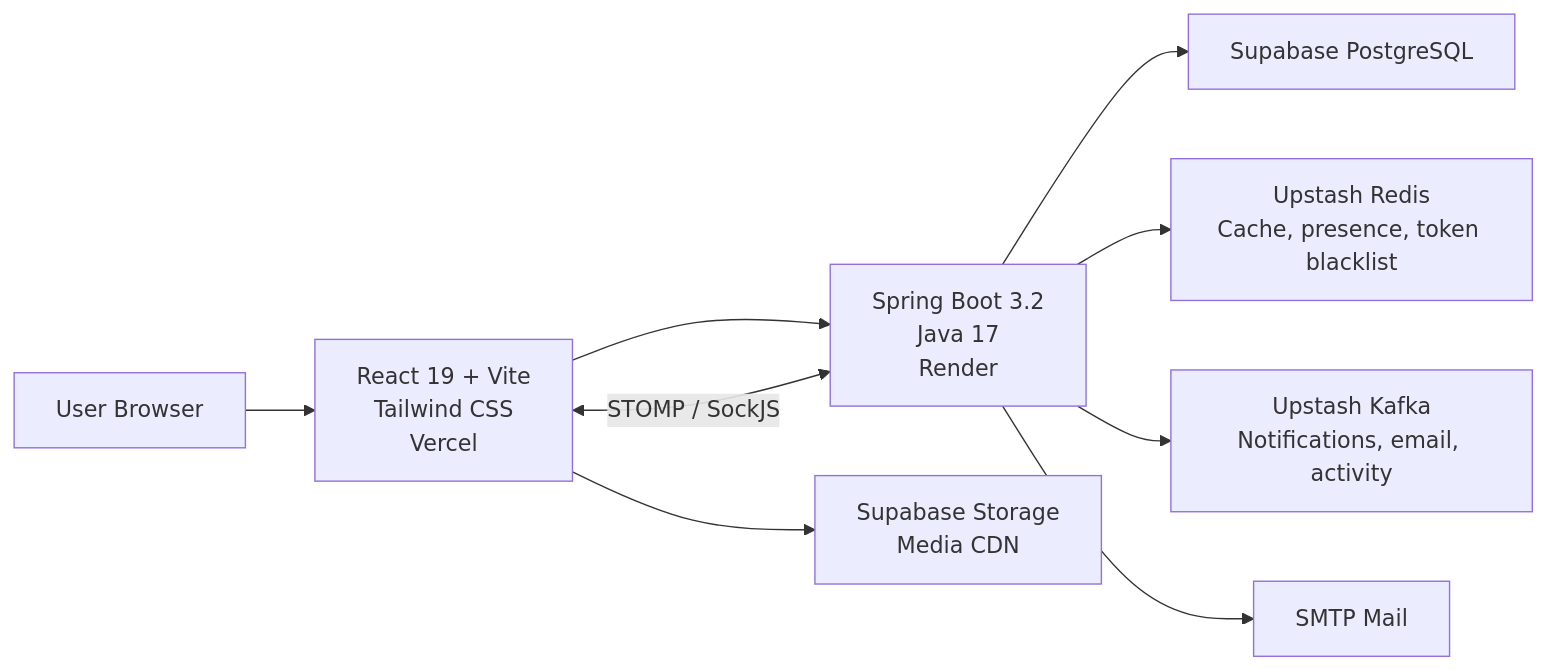
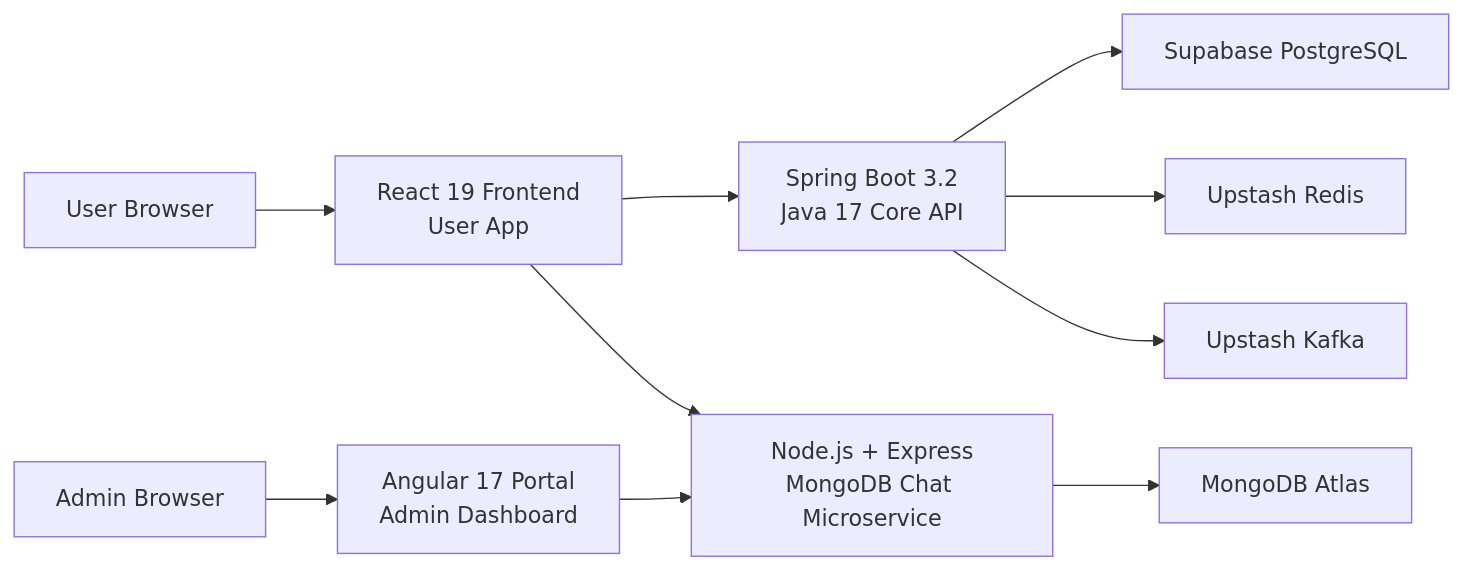
One commit to ankurkrgupta22122006-oss/Friends-Hub changed the diagram in README.md. Above: the diagram before and after it, drawn with Mermaid. The commit also changed other lines of this file and 16 other files, not shown here.

Commit message:
feat: Add Node.js Express MongoDB microservice and Angular Admin portal

````diff
--- a/README.md
+++ b/README.md
@@ -45,11 +42,14 @@
 ```mermaid
 flowchart LR
-    user["User Browser"] --> web["React 19 + Vite<br/>Tailwind CSS<br/>Vercel"]
-    web --> api["Spring Boot 3.2<br/>Java 17<br/>Render"]
-    web --> storage["Supabase Storage<br/>Media CDN"]
+    user["User Browser"] --> reactApp["React 19 Frontend<br/>User App"]
+    admin["Admin Browser"] --> angularApp["Angular 17 Portal<br/>Admin Dashboard"]
+    
+    reactApp --> api["Spring Boot 3.2<br/>Java 17 Core API"]
+    reactApp --> nodeApi["Node.js + Express<br/>MongoDB Chat Microservice"]
+    angularApp --> nodeApi
+
     api --> db["Supabase PostgreSQL"]
-    api --> redis["Upstash Redis<br/>Cache, presence, token blacklist"]
-    api --> kafka["Upstash Kafka<br/>Notifications, email, activity"]
-    api --> mail["SMTP Mail"]
-    web <-->|"STOMP / SockJS"| api
+    nodeApi --> mongodb["MongoDB Atlas"]
+    api --> redis["Upstash Redis"]
+    api --> kafka["Upstash Kafka"]
 ```
````
